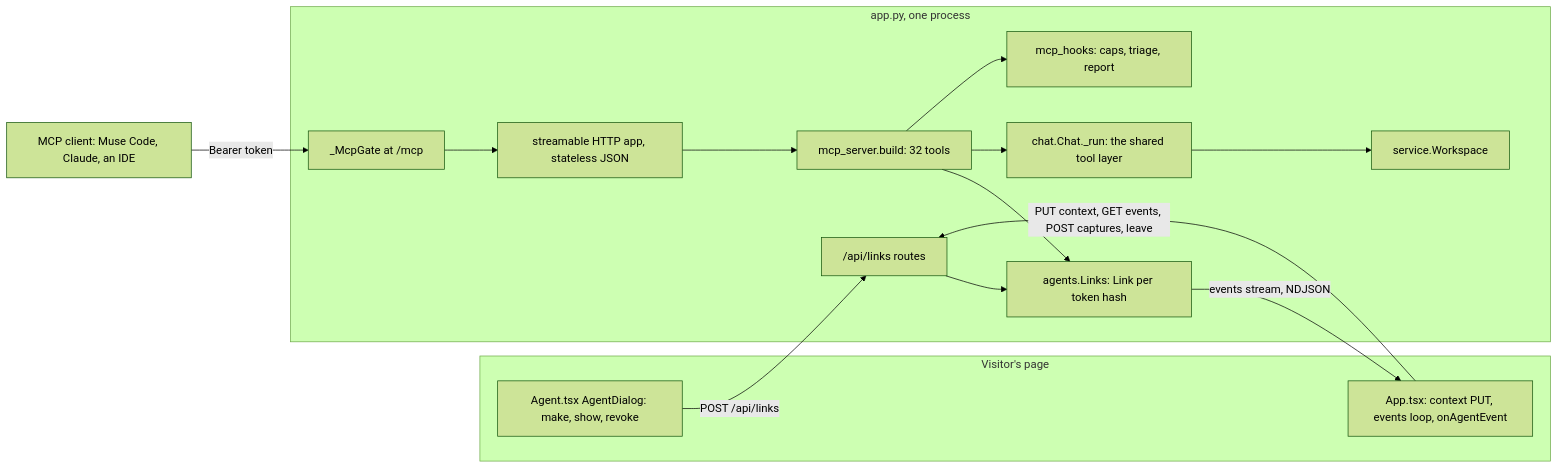
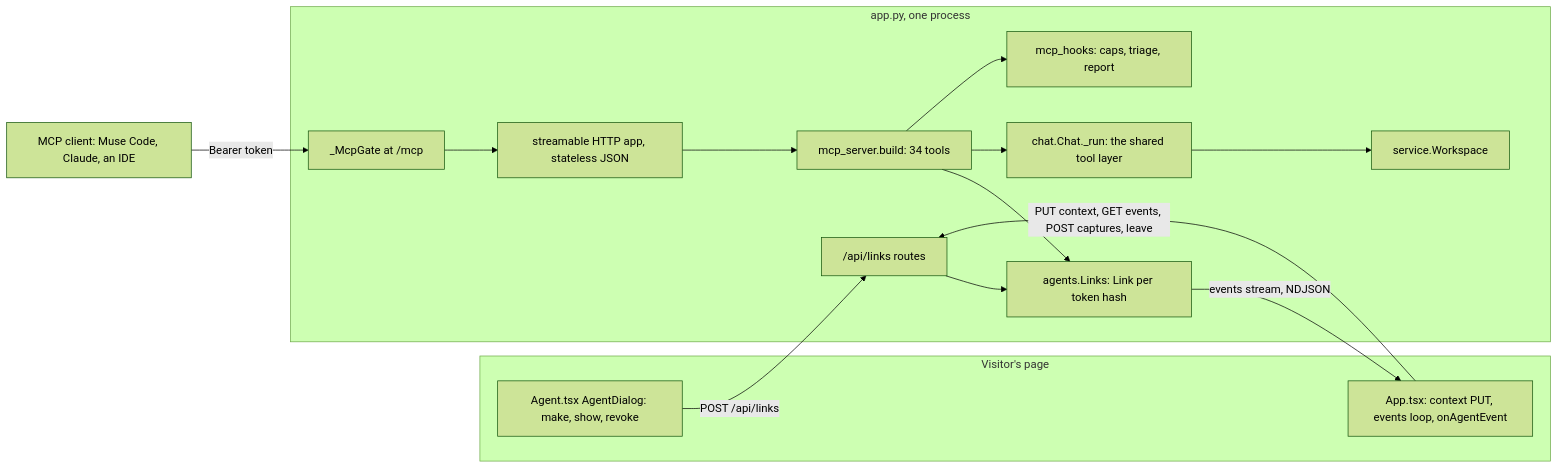
The first of 3 diagrams in docs/architecture/11-mcp-and-agent-links.md (IssueLab-Inc/ORCA), drawn with Mermaid (forest theme) before and after one commit. The commit also changed other lines of this file and 22 other files, not shown here.

````diff
--- a/docs/architecture/11-mcp-and-agent-links.md
+++ b/docs/architecture/11-mcp-and-agent-links.md
@@ -19,29 +19,29 @@
 ```mermaid
 flowchart LR
     subgraph page["Visitor's page"]
         dialog["Agent.tsx AgentDialog: make, show, revoke"]
         appSide["App.tsx: context PUT, events loop, onAgentEvent"]
     end
     client["MCP client: Muse Code, Claude, an IDE"]
     subgraph server["app.py, one process"]
         linkRoutes["/api/links routes"]
         links["agents.Links: Link per token hash"]
         gate["_McpGate at /mcp"]
         transport["streamable HTTP app, stateless JSON"]
-        tools["mcp_server.build: 32 tools"]
+        tools["mcp_server.build: 34 tools"]
         chatRun["chat.Chat._run: the shared tool layer"]
         ws["service.Workspace"]
         hooks["mcp_hooks: caps, triage, report"]
     end
     dialog -->|"POST /api/links"| linkRoutes
     appSide -->|"PUT context, GET events, POST captures, leave"| linkRoutes
     linkRoutes --> links
     client -->|"Bearer token"| gate
     gate --> transport
     transport --> tools
     tools --> links
     tools --> chatRun
     tools --> hooks
     chatRun --> ws
     links -->|"events stream, NDJSON"| appSide
 ```
````
